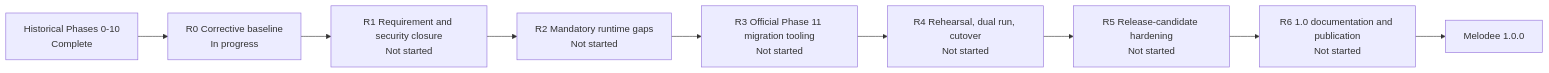
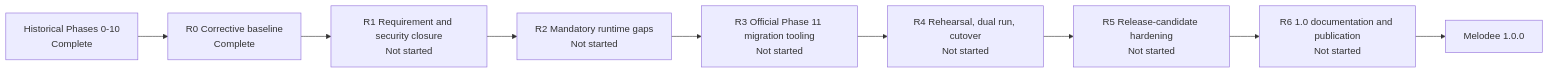
Before and after one commit to melodee-project/melodee-rs: the diagram in IMPLMENTATION_OUTSTANDING.md, drawn with Mermaid. The commit also changed other lines of this file and 22 other files, not shown here.

````diff
--- a/IMPLMENTATION_OUTSTANDING.md
+++ b/IMPLMENTATION_OUTSTANDING.md
@@ -163,11 +164,11 @@
 ```mermaid
 flowchart LR
-    H[Historical Phases 0-10\nComplete] --> R0[R0 Corrective baseline\nIn progress]
+    H[Historical Phases 0-10\nComplete] --> R0[R0 Corrective baseline\nComplete]
     R0 --> R1[R1 Requirement and security closure\nNot started]
     R1 --> R2[R2 Mandatory runtime gaps\nNot started]
     R2 --> R3[R3 Official Phase 11 migration tooling\nNot started]
     R3 --> R4[R4 Rehearsal, dual run, cutover\nNot started]
     R4 --> R5[R5 Release-candidate hardening\nNot started]
     R5 --> R6[R6 1.0 documentation and publication\nNot started]
     R6 --> V[Melodee 1.0.0]
 ```
````
